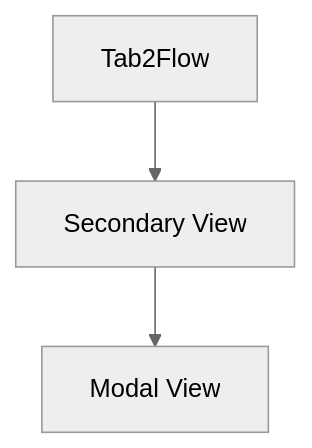
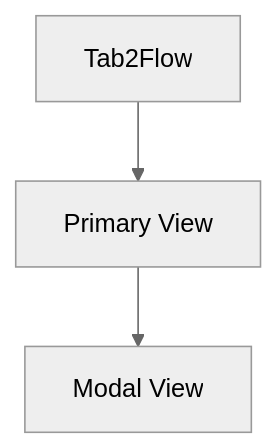
The second of 2 diagrams in README.md (JaCaLla/MVVM_C_SampleApp), drawn with Mermaid (neutral theme) before and after one commit.

````diff
--- a/README.md
+++ b/README.md
@@ -17,5 +17,5 @@
 ```mermaid
 graph TD;
-    A[Tab2Flow] --> B[Secondary View];
+    A[Tab2Flow] --> B[Primary View];
     B --> C[Modal View];
 ```
````
